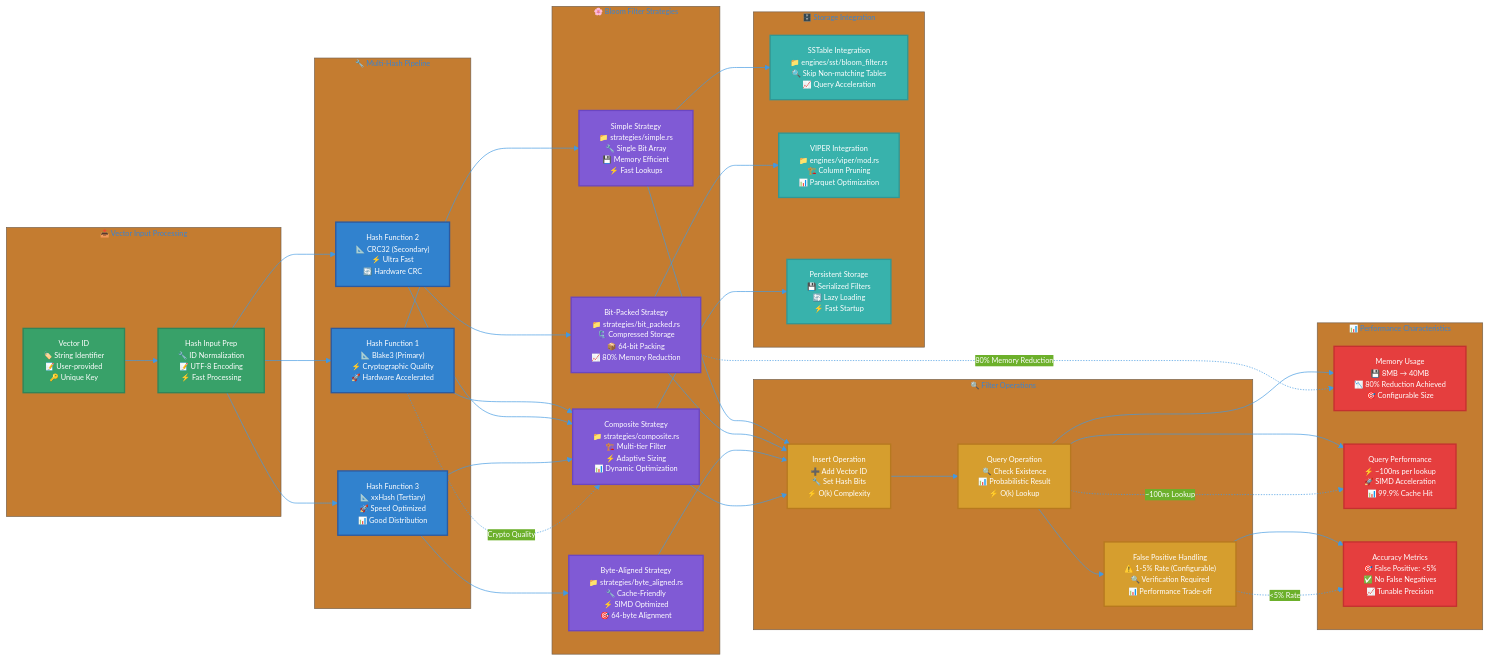
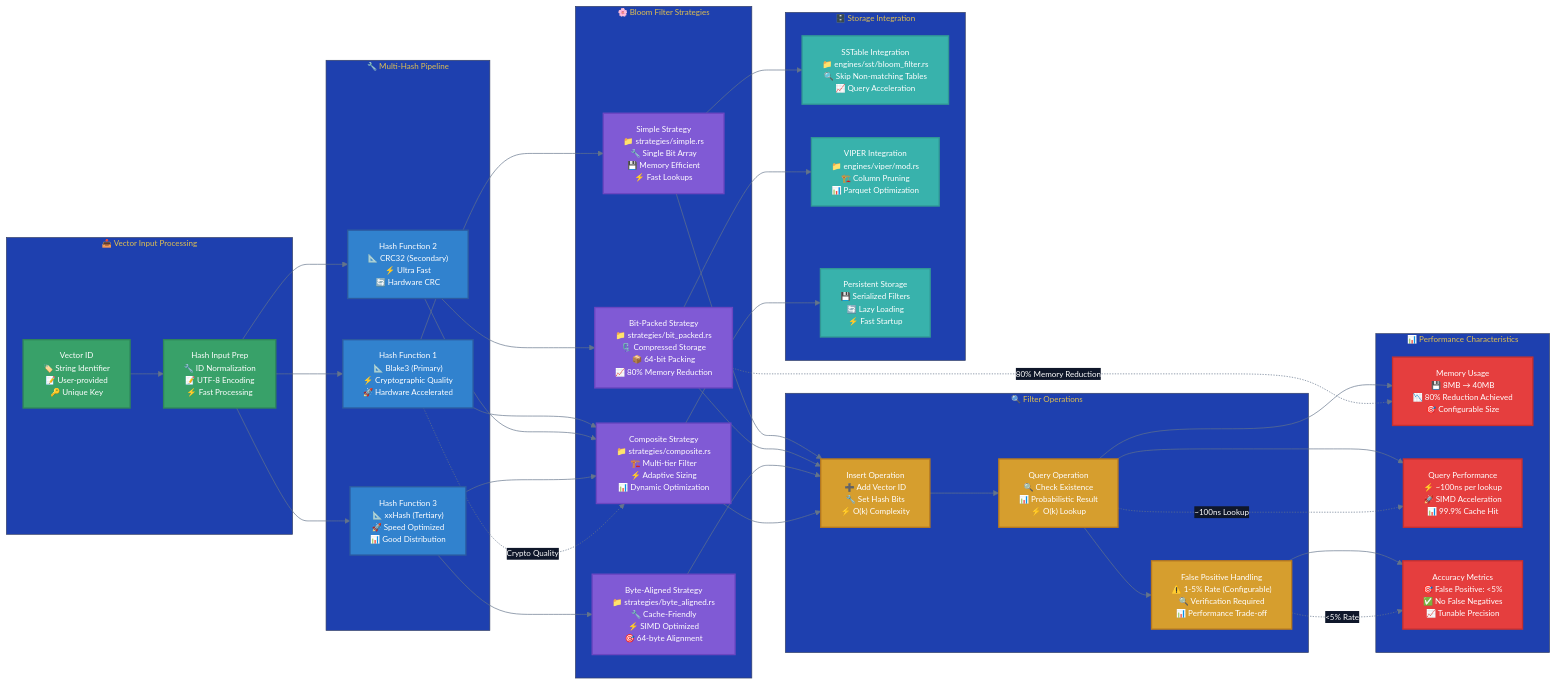
The diagram in docs/diagrams/bloom-filter-architecture.mmd (vjsingh1984/proximaDB), drawn with Mermaid before and after one commit. The commit also changed 52 other files, not shown here.

First line of the commit message:
docs: streamline and consolidate documentation architecture

```diff
--- a/docs/diagrams/bloom-filter-architecture.mmd
+++ b/docs/diagrams/bloom-filter-architecture.mmd
@@ -1,108 +1,120 @@
-%%{init: {'theme':'base', 'themeVariables': { 'primaryColor':'#2b6cb0', 'primaryTextColor':'#ffffff', 'primaryBorderColor':'#3182ce', 'lineColor':'#4299e1', 'fontSize':'11px', 'fontFamily':'Inter, sans-serif'}}}%%
+%%{init: {'theme':'base', 'themeVariables': { 
+  'primaryColor':'#1e293b', 
+  'primaryTextColor':'#ffffff', 
+  'primaryBorderColor':'#334155', 
+  'lineColor':'#64748b', 
+  'fontSize':'12px', 
+  'fontFamily':'Inter, -apple-system, sans-serif',
+  'secondaryColor':'#0f172a',
+  'tertiaryColor':'#1e40af',
+  'background':'#ffffff',
+  'mainBkg':'#f8fafc',
+  'secondBkg':'#e2e8f0'
+}}}%%
 graph LR
     %% Input Processing
     subgraph Input["📥 Vector Input Processing"]
         VectorID["Vector ID<br/>🏷️ String Identifier<br/>📝 User-provided<br/>🔑 Unique Key"]
         
         HashInput["Hash Input Prep<br/>🔧 ID Normalization<br/>📝 UTF-8 Encoding<br/>⚡ Fast Processing"]
     end
     
     %% Hash Function Pipeline
     subgraph HashPipeline["🔧 Multi-Hash Pipeline"]
         Hash1["Hash Function 1<br/>📐 Blake3 (Primary)<br/>⚡ Cryptographic Quality<br/>🚀 Hardware Accelerated"]
         
         Hash2["Hash Function 2<br/>📐 CRC32 (Secondary)<br/>⚡ Ultra Fast<br/>🔄 Hardware CRC"]
         
         Hash3["Hash Function 3<br/>📐 xxHash (Tertiary)<br/>🚀 Speed Optimized<br/>📊 Good Distribution"]
     end
     
     %% Bloom Filter Strategies
     subgraph FilterStrategies["🌸 Bloom Filter Strategies"]
         SimpleStrategy["Simple Strategy<br/>📁 strategies/simple.rs<br/>🔧 Single Bit Array<br/>💾 Memory Efficient<br/>⚡ Fast Lookups"]
         
         BitPackedStrategy["Bit-Packed Strategy<br/>📁 strategies/bit_packed.rs<br/>🗜️ Compressed Storage<br/>📦 64-bit Packing<br/>📈 80% Memory Reduction"]
         
         ByteAlignedStrategy["Byte-Aligned Strategy<br/>📁 strategies/byte_aligned.rs<br/>🔧 Cache-Friendly<br/>⚡ SIMD Optimized<br/>🎯 64-byte Alignment"]
         
         CompositeStrategy["Composite Strategy<br/>📁 strategies/composite.rs<br/>🏗️ Multi-tier Filter<br/>⚡ Adaptive Sizing<br/>📊 Dynamic Optimization"]
     end
     
     %% Filter Operations
     subgraph Operations["🔍 Filter Operations"]
         InsertOp["Insert Operation<br/>➕ Add Vector ID<br/>🔧 Set Hash Bits<br/>⚡ O(k) Complexity"]
         
         QueryOp["Query Operation<br/>🔍 Check Existence<br/>📊 Probabilistic Result<br/>⚡ O(k) Lookup"]
         
         FalsePositive["False Positive Handling<br/>⚠️ 1-5% Rate (Configurable)<br/>🔍 Verification Required<br/>📊 Performance Trade-off"]
     end
     
     %% Performance Metrics
     subgraph Performance["📊 Performance Characteristics"]
         MemoryUsage["Memory Usage<br/>💾 8MB → 40MB<br/>📉 80% Reduction Achieved<br/>🎯 Configurable Size"]
         
         QuerySpeed["Query Performance<br/>⚡ ~100ns per lookup<br/>🚀 SIMD Acceleration<br/>📊 99.9% Cache Hit"]
         
         AccuracyMetrics["Accuracy Metrics<br/>🎯 False Positive: <5%<br/>✅ No False Negatives<br/>📈 Tunable Precision"]
     end
     
     %% Storage Integration
     subgraph Storage["🗄️ Storage Integration"]
         SSTableFilter["SSTable Integration<br/>📁 engines/sst/bloom_filter.rs<br/>🔍 Skip Non-matching Tables<br/>📈 Query Acceleration"]
         
         VIPERFilter["VIPER Integration<br/>📁 engines/viper/mod.rs<br/>🏗️ Column Pruning<br/>📊 Parquet Optimization"]
         
         PersistentStorage["Persistent Storage<br/>💾 Serialized Filters<br/>🔄 Lazy Loading<br/>⚡ Fast Startup"]
     end
     
     %% Data Flow
     VectorID --> HashInput
     HashInput --> Hash1
     HashInput --> Hash2  
     HashInput --> Hash3
     
     Hash1 --> SimpleStrategy
     Hash2 --> BitPackedStrategy
     Hash3 --> ByteAlignedStrategy
     
     Hash1 --> CompositeStrategy
     Hash2 --> CompositeStrategy
     Hash3 --> CompositeStrategy
     
     SimpleStrategy --> InsertOp
     BitPackedStrategy --> InsertOp
     ByteAlignedStrategy --> InsertOp
     CompositeStrategy --> InsertOp
     
     InsertOp --> QueryOp
     QueryOp --> FalsePositive
     
     %% Performance Integration
     QueryOp --> MemoryUsage
     QueryOp --> QuerySpeed
     FalsePositive --> AccuracyMetrics
     
     %% Storage Integration
     SimpleStrategy --> SSTableFilter
     BitPackedStrategy --> VIPERFilter
     CompositeStrategy --> PersistentStorage
     
     %% Performance Annotations
     Hash1 -.->|"Crypto Quality"| CompositeStrategy
     BitPackedStrategy -.->|"80% Memory Reduction"| MemoryUsage
     QueryOp -.->|"~100ns Lookup"| QuerySpeed
     FalsePositive -.->|"<5% Rate"| AccuracyMetrics
     
     %% Styling
     classDef inputStyle fill:#38a169,stroke:#2f855a,stroke-width:2px,color:#ffffff
     classDef hashStyle fill:#3182ce,stroke:#2c5aa0,stroke-width:2px,color:#ffffff
     classDef strategyStyle fill:#805ad5,stroke:#6b46c1,stroke-width:2px,color:#ffffff
     classDef operationStyle fill:#d69e2e,stroke:#b7791f,stroke-width:2px,color:#ffffff
     classDef perfStyle fill:#e53e3e,stroke:#c53030,stroke-width:2px,color:#ffffff
     classDef storageStyle fill:#38b2ac,stroke:#319795,stroke-width:2px,color:#ffffff
     
     class VectorID,HashInput inputStyle
     class Hash1,Hash2,Hash3 hashStyle
     class SimpleStrategy,BitPackedStrategy,ByteAlignedStrategy,CompositeStrategy strategyStyle
     class InsertOp,QueryOp,FalsePositive operationStyle
     class MemoryUsage,QuerySpeed,AccuracyMetrics perfStyle
     class SSTableFilter,VIPERFilter,PersistentStorage storageStyle
```
